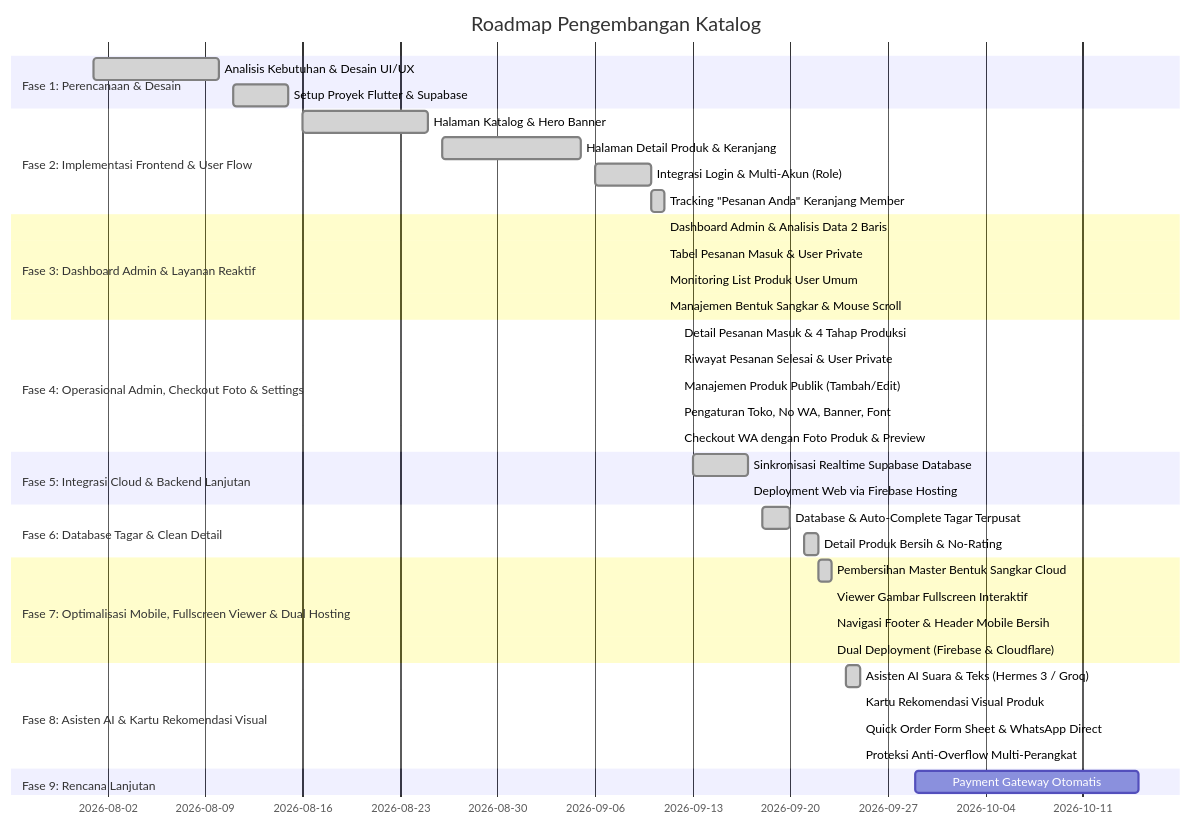
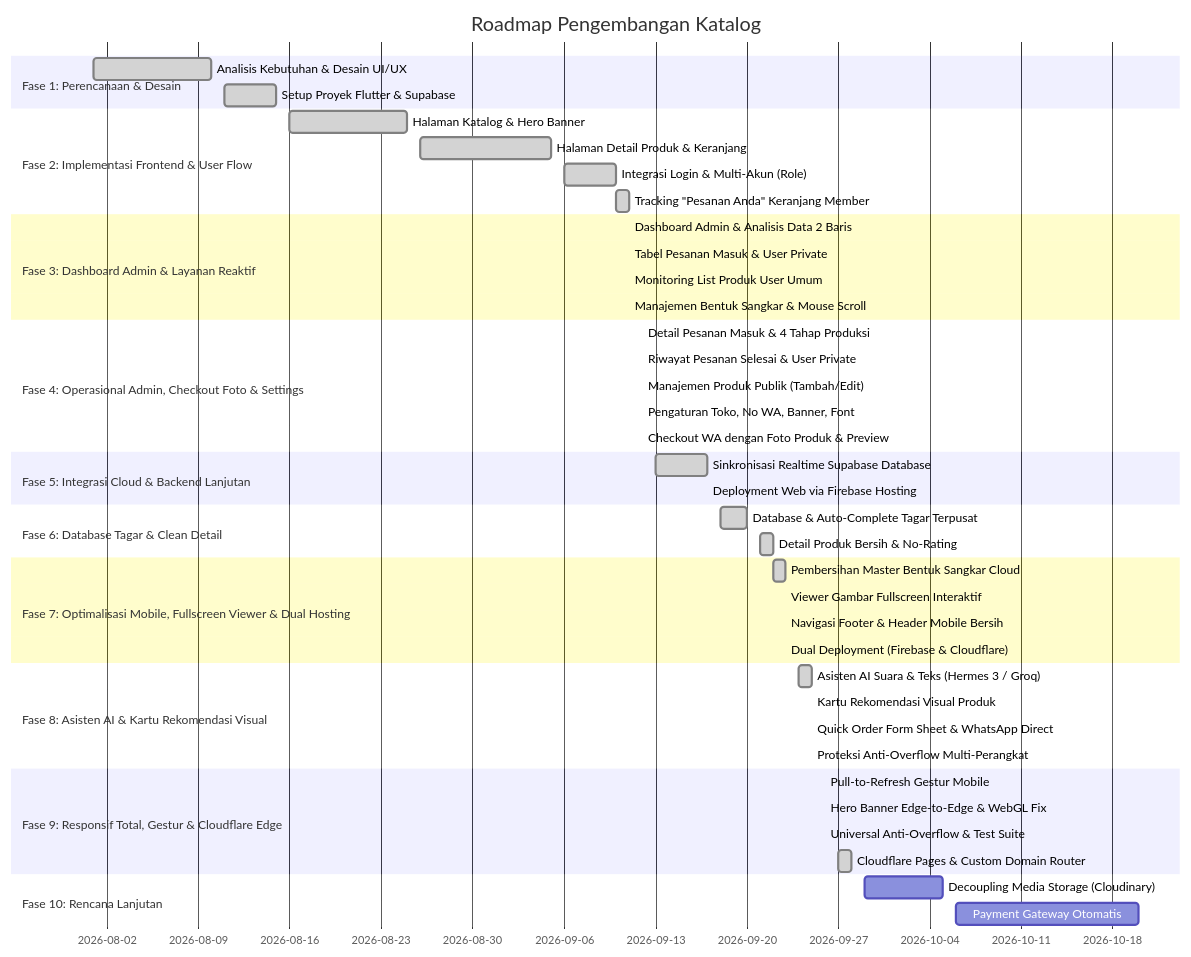
The diagram in dokumen/planing/README.md (Dav2257/katalog), drawn with Mermaid before and after one commit. The commit also changed other lines of this file and 6 other files, not shown here.

````diff
--- a/dokumen/planing/README.md
+++ b/dokumen/planing/README.md
@@ -31,42 +31,48 @@
 ```mermaid
 gantt
     title Roadmap Pengembangan Katalog
     dateFormat  YYYY-MM-DD
     section Fase 1: Perencanaan & Desain
     Analisis Kebutuhan & Desain UI/UX       :done,    des1, 2026-08-01, 2026-08-10
     Setup Proyek Flutter & Supabase         :done,    des2, 2026-08-11, 2026-08-15
     section Fase 2: Implementasi Frontend & User Flow
     Halaman Katalog & Hero Banner           :done,    fe1,  2026-08-16, 2026-08-25
     Halaman Detail Produk & Keranjang       :done,    fe2,  2026-08-26, 2026-09-05
     Integrasi Login & Multi-Akun (Role)     :done,    fe3,  2026-09-06, 2026-09-10
     Tracking "Pesanan Anda" Keranjang Member:done,    fe4,  2026-09-10, 2026-09-11
     section Fase 3: Dashboard Admin & Layanan Reaktif
     Dashboard Admin & Analisis Data 2 Baris :done,    adm1, 2026-09-11, 2026-09-11
     Tabel Pesanan Masuk & User Private      :done,    adm2, 2026-09-11, 2026-09-11
     Monitoring List Produk User Umum        :done,    adm3, 2026-09-11, 2026-09-11
     Manajemen Bentuk Sangkar & Mouse Scroll :done,    adm4, 2026-09-11, 2026-09-11
     section Fase 4: Operasional Admin, Checkout Foto & Settings
     Detail Pesanan Masuk & 4 Tahap Produksi :done,    adm5, 2026-09-12, 2026-09-12
     Riwayat Pesanan Selesai & User Private  :done,    adm6, 2026-09-12, 2026-09-12
     Manajemen Produk Publik (Tambah/Edit)   :done,    adm7, 2026-09-12, 2026-09-12
     Pengaturan Toko, No WA, Banner, Font    :done,    adm8, 2026-09-12, 2026-09-12
     Checkout WA dengan Foto Produk & Preview:done,    fe5,  2026-09-12, 2026-09-12
     section Fase 5: Integrasi Cloud & Backend Lanjutan
     Sinkronisasi Realtime Supabase Database :done,    be1,  2026-09-13, 2026-09-17
     Deployment Web via Firebase Hosting     :done,    fe6,  2026-09-17, 2026-09-17
     section Fase 6: Database Tagar & Clean Detail
     Database & Auto-Complete Tagar Terpusat :done,    fe7,  2026-09-18, 2026-09-20
     Detail Produk Bersih & No-Rating        :done,    fe8,  2026-09-21, 2026-09-22
     section Fase 7: Optimalisasi Mobile, Fullscreen Viewer & Dual Hosting
     Pembersihan Master Bentuk Sangkar Cloud :done,    be2,  2026-09-22, 2026-09-23
     Viewer Gambar Fullscreen Interaktif     :done,    fe9,  2026-09-23, 2026-09-23
     Navigasi Footer & Header Mobile Bersih  :done,    fe10, 2026-09-23, 2026-09-23
     Dual Deployment (Firebase & Cloudflare) :done,    fe11, 2026-09-23, 2026-09-23
     section Fase 8: Asisten AI & Kartu Rekomendasi Visual
     Asisten AI Suara & Teks (Hermes 3 / Groq):done,    ai1,  2026-09-24, 2026-09-25
     Kartu Rekomendasi Visual Produk         :done,    ai2,  2026-09-25, 2026-09-25
     Quick Order Form Sheet & WhatsApp Direct:done,    ai3,  2026-09-25, 2026-09-25
     Proteksi Anti-Overflow Multi-Perangkat  :done,    ai4,  2026-09-25, 2026-09-25
-    section Fase 9: Rencana Lanjutan
-    Payment Gateway Otomatis                :         be3,  2026-09-29, 2026-10-15
+    section Fase 9: Responsif Total, Gestur & Cloudflare Edge
+    Pull-to-Refresh Gestur Mobile           :done,    fe12, 2026-09-26, 2026-09-26
+    Hero Banner Edge-to-Edge & WebGL Fix    :done,    fe13, 2026-09-26, 2026-09-26
+    Universal Anti-Overflow & Test Suite    :done,    fe14, 2026-09-26, 2026-09-26
+    Cloudflare Pages & Custom Domain Router :done,    be3,  2026-09-27, 2026-09-28
+    section Fase 10: Rencana Lanjutan
+    Decoupling Media Storage (Cloudinary)   :         be4,  2026-09-29, 2026-10-05
+    Payment Gateway Otomatis                :         be5,  2026-10-06, 2026-10-20
 ```
````
